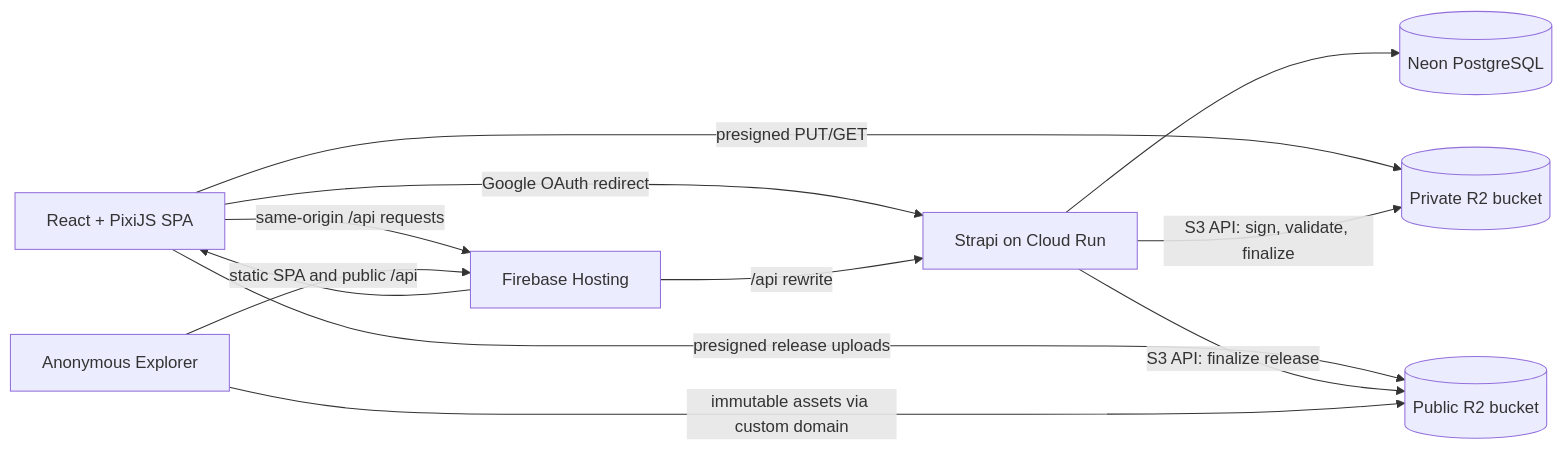
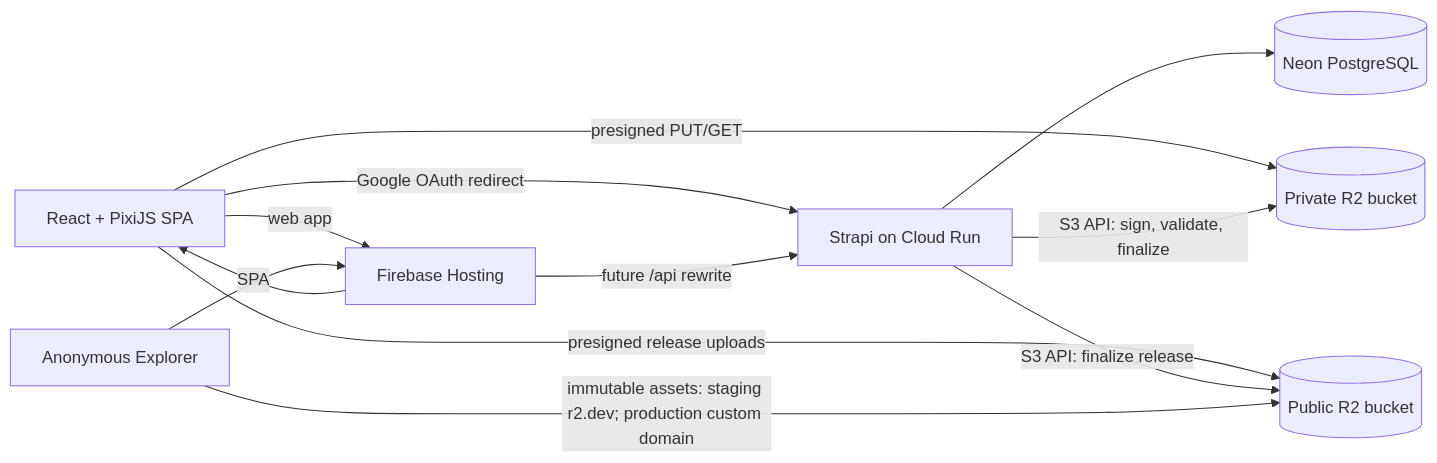
The diagram in docs/technical-design.md (ssuish/fantasy-map-builder), drawn with Mermaid before and after one commit. The commit also changed other lines of this file and 16 other files, not shown here.

First line of the commit message:
feat(staging): wire Firebase Hosting prototype

````diff
--- a/docs/technical-design.md
+++ b/docs/technical-design.md
@@ -22,14 +22,14 @@
 ```mermaid
 flowchart LR
-    Browser[React + PixiJS SPA] -->|same-origin /api requests| Hosting[Firebase Hosting]
+    Browser[React + PixiJS SPA] -->|web app| Hosting[Firebase Hosting]
     Browser -->|Google OAuth redirect| Strapi[Strapi on Cloud Run]
-    Hosting -->|/api rewrite| Strapi
+    Hosting -->|future /api rewrite| Strapi
     Browser -->|presigned PUT/GET| PrivateR2[(Private R2 bucket)]
     Browser -->|presigned release uploads| PublicR2[(Public R2 bucket)]
     Strapi --> Neon[(Neon PostgreSQL)]
     Strapi -->|S3 API: sign, validate, finalize| PrivateR2
     Strapi -->|S3 API: finalize release| PublicR2
-    Explorer[Anonymous Explorer] -->|static SPA and public /api| Hosting
-    Explorer -->|immutable assets via custom domain| PublicR2
+    Explorer[Anonymous Explorer] -->|SPA| Hosting
+    Explorer -->|immutable assets: staging r2.dev; production custom domain| PublicR2
     Hosting --> Browser
 ```
````
